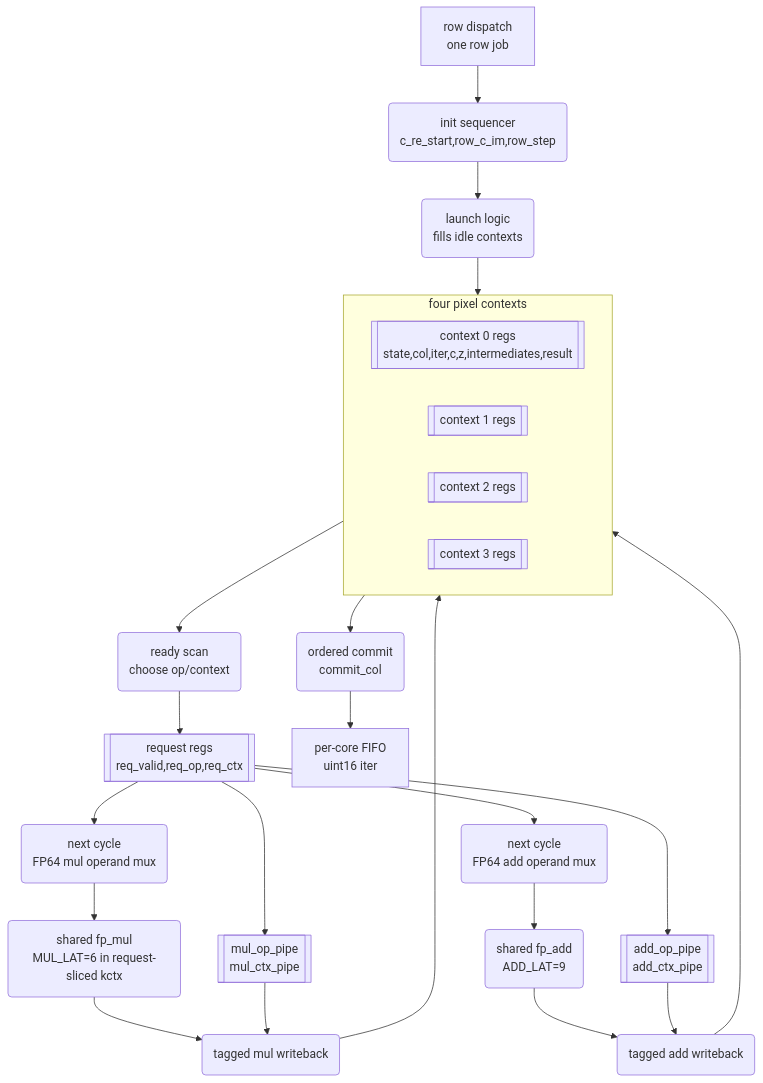
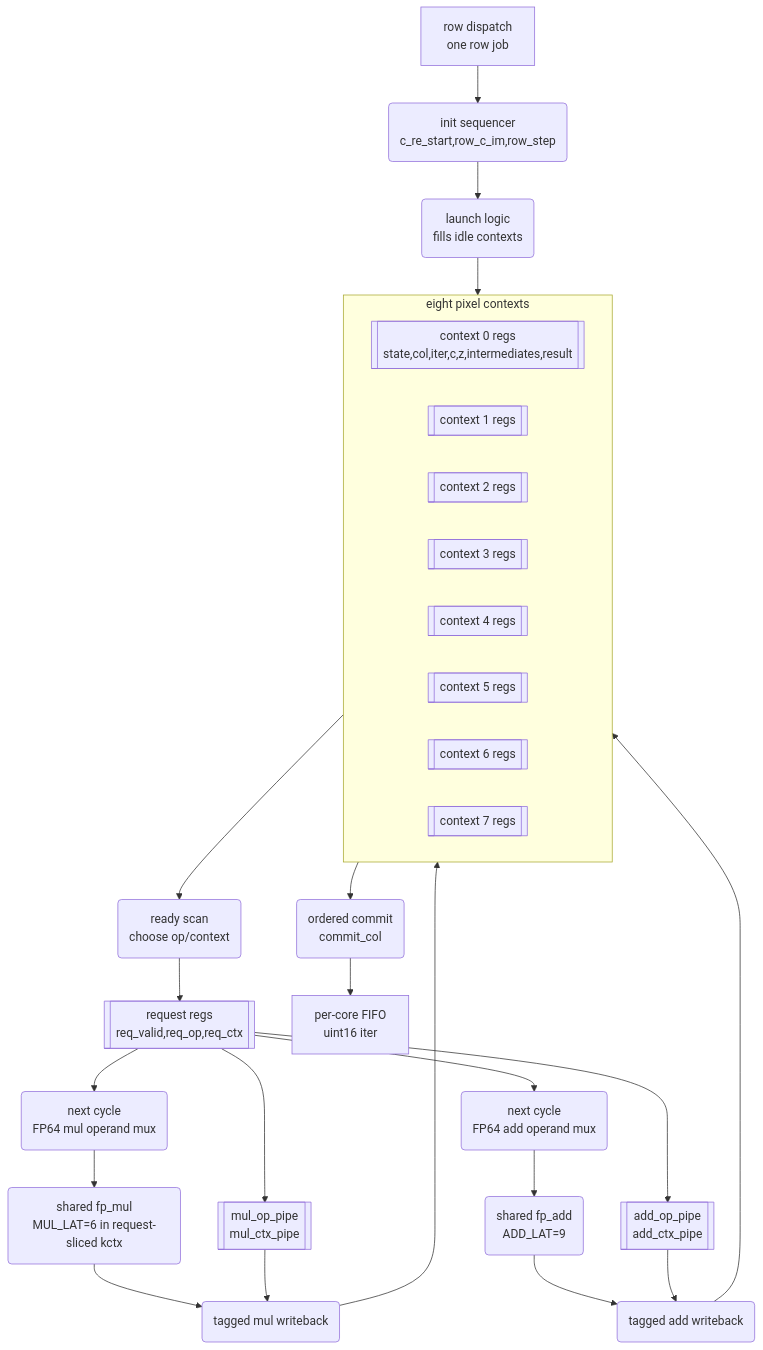
One commit to RESBI/FPGA-Mandelbrot-Demo changed the seventh of 16 diagrams in doc/ARCHITECTURE.md. Above: the diagram before and after it, drawn with Mermaid. The commit also changed other lines of this file and 35 other files, not shown here.

````diff
--- a/doc/ARCHITECTURE.md
+++ b/doc/ARCHITECTURE.md
@@ -524,30 +519,34 @@
 ```mermaid
 flowchart TB
     DISPATCH["row dispatch<br/>one row job"] --> INIT("init sequencer<br/>c_re_start,row_c_im,row_step")
     INIT --> LAUNCH("launch logic<br/>fills idle contexts")
 
-    subgraph CTX["four pixel contexts"]
+    subgraph CTX["eight pixel contexts"]
         C0[["context 0 regs<br/>state,col,iter,c,z,intermediates,result"]]
         C1[["context 1 regs"]]
         C2[["context 2 regs"]]
         C3[["context 3 regs"]]
+        C4[["context 4 regs"]]
+        C5[["context 5 regs"]]
+        C6[["context 6 regs"]]
+        C7[["context 7 regs"]]
     end
 
     LAUNCH --> CTX
     CTX --> ARB("ready scan<br/>choose op/context")
     ARB --> REQ[["request regs<br/>req_valid,req_op,req_ctx"]]
     REQ --> MUXM("next cycle<br/>FP64 mul operand mux")
     REQ --> MUXA("next cycle<br/>FP64 add operand mux")
     MUXM --> MUL("shared fp_mul<br/>MUL_LAT=6 in request-sliced kctx")
     MUXA --> ADD("shared fp_add<br/>ADD_LAT=9")
     REQ --> MTAG[["mul_op_pipe<br/>mul_ctx_pipe"]]
     REQ --> ATAG[["add_op_pipe<br/>add_ctx_pipe"]]
     MUL --> MWR("tagged mul writeback")
     MTAG --> MWR
     ADD --> AWR("tagged add writeback")
     ATAG --> AWR
     MWR --> CTX
     AWR --> CTX
     CTX --> COMMIT("ordered commit<br/>commit_col")
     COMMIT --> FIFO["per-core FIFO<br/>uint16 iter"]
 ```
````
